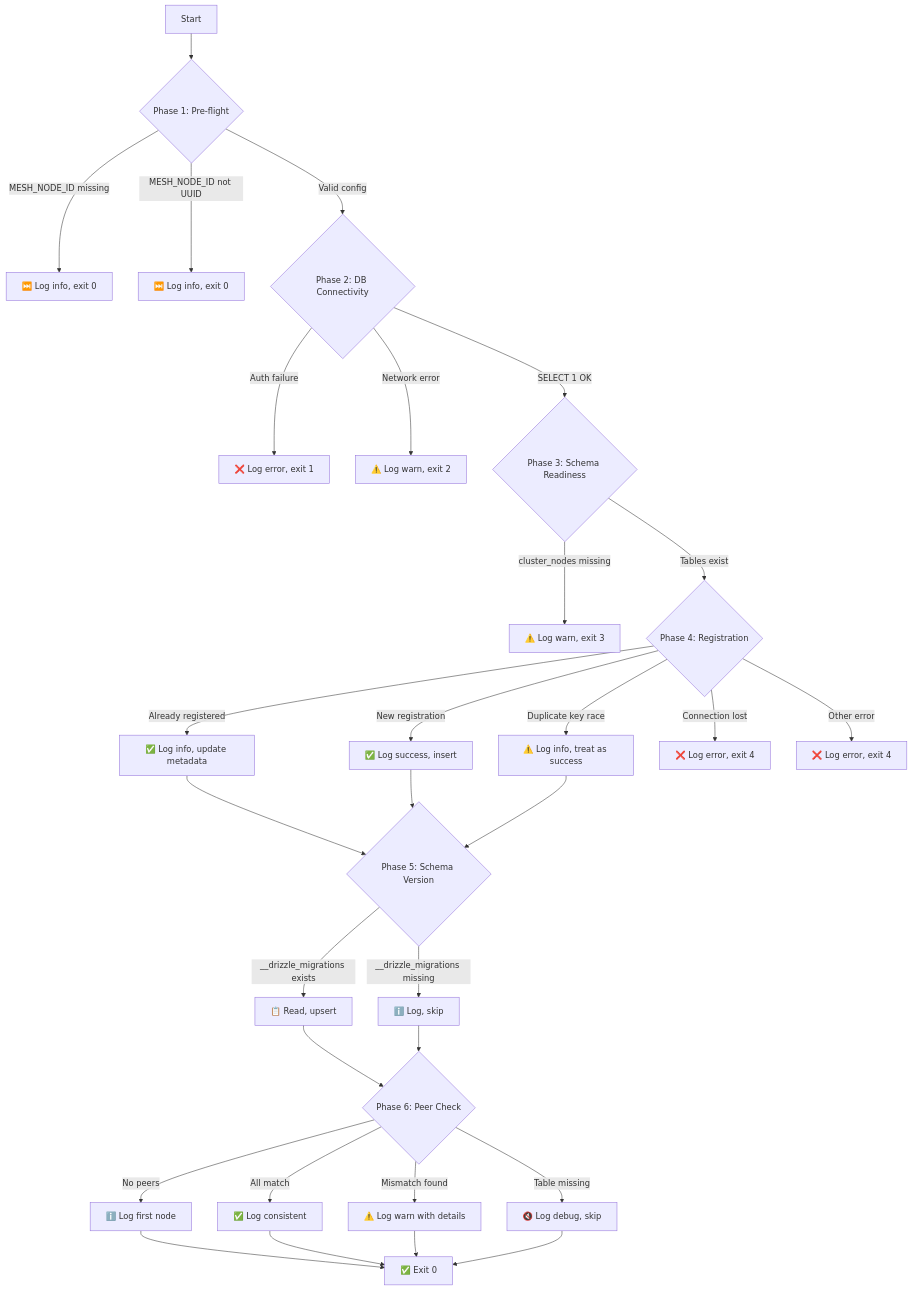
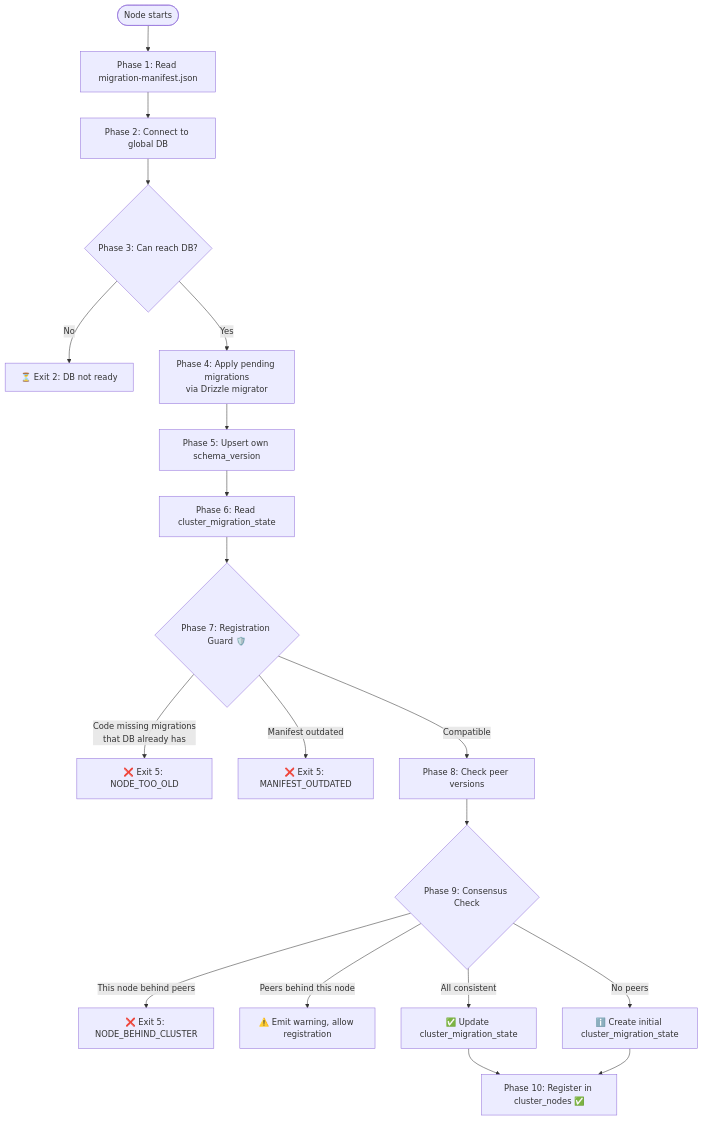
The second of 5 diagrams in apps/doc/content/docs/dev/global-db-migration-management.mdx (N0SAFE/deployer), drawn with Mermaid before and after one commit. The commit also changed other lines of this file and 4 other files, not shown here.

````diff
--- a/apps/doc/content/docs/dev/global-db-migration-management.mdx
+++ b/apps/doc/content/docs/dev/global-db-migration-management.mdx
@@ -151,39 +302,25 @@
 ```mermaid
 flowchart TD
-    A[Start] --> B{Phase 1: Pre-flight}
-    B -->|MESH_NODE_ID missing| C1[⏭️ Log info, exit 0]
-    B -->|MESH_NODE_ID not UUID| C2[⏭️ Log info, exit 0]
-    B -->|Valid config| D{Phase 2: DB Connectivity}
-    
-    D -->|Auth failure| E1[❌ Log error, exit 1]
-    D -->|Network error| E2[⚠️ Log warn, exit 2]
-    D -->|SELECT 1 OK| F{Phase 3: Schema Readiness}
-    
-    F -->|cluster_nodes missing| G1[⚠️ Log warn, exit 3]
-    F -->|Tables exist| H{Phase 4: Registration}
-    
-    H -->|Already registered| I1[✅ Log info, update metadata]
-    H -->|New registration| I2[✅ Log success, insert]
-    H -->|Duplicate key race| I3[⚠️ Log info, treat as success]
-    H -->|Connection lost| I4[❌ Log error, exit 4]
-    H -->|Other error| I5[❌ Log error, exit 4]
-    
-    I1 --> J{Phase 5: Schema Version}
-    I2 --> J
-    I3 --> J
-    
-    J -->|__drizzle_migrations exists| K1[📋 Read, upsert]
-    J -->|__drizzle_migrations missing| K2[ℹ️ Log, skip]
-    K1 --> L{Phase 6: Peer Check}
-    K2 --> L
-    
-    L -->|No peers| M1[ℹ️ Log first node]
-    L -->|All match| M2[✅ Log consistent]
-    L -->|Mismatch found| M3[⚠️ Log warn with details]
-    L -->|Table missing| M4[🔇 Log debug, skip]
-    
-    M1 --> N[✅ Exit 0]
-    M2 --> N
-    M3 --> N
-    M4 --> N
+    START([Node starts]) --> A[Phase 1: Read migration-manifest.json]
+    A --> B[Phase 2: Connect to global DB]
+    B --> C{Phase 3: Can reach DB?}
+    C -->|No| C1[⏳ Exit 2: DB not ready]
+    C -->|Yes| D[Phase 4: Apply pending migrations<br/>via Drizzle migrator]
+
+    D --> E[Phase 5: Upsert own schema_version]
+    E --> F[Phase 6: Read cluster_migration_state]
+
+    F --> G{Phase 7: Registration Guard 🛡️}
+    G -->|Code missing migrations<br/>that DB already has| G1[❌ Exit 5: NODE_TOO_OLD]
+    G -->|Manifest outdated| G2[❌ Exit 5: MANIFEST_OUTDATED]
+    G -->|Compatible| H[Phase 8: Check peer versions]
+
+    H --> I{Phase 9: Consensus Check}
+    I -->|This node behind peers| I1[❌ Exit 5: NODE_BEHIND_CLUSTER]
+    I -->|Peers behind this node| I2[⚠️ Emit warning, allow registration]
+    I -->|All consistent| I3[✅ Update cluster_migration_state]
+    I -->|No peers| I4[ℹ️ Create initial cluster_migration_state]
+
+    I3 --> J[Phase 10: Register in cluster_nodes ✅]
+    I4 --> J
 ```
````
